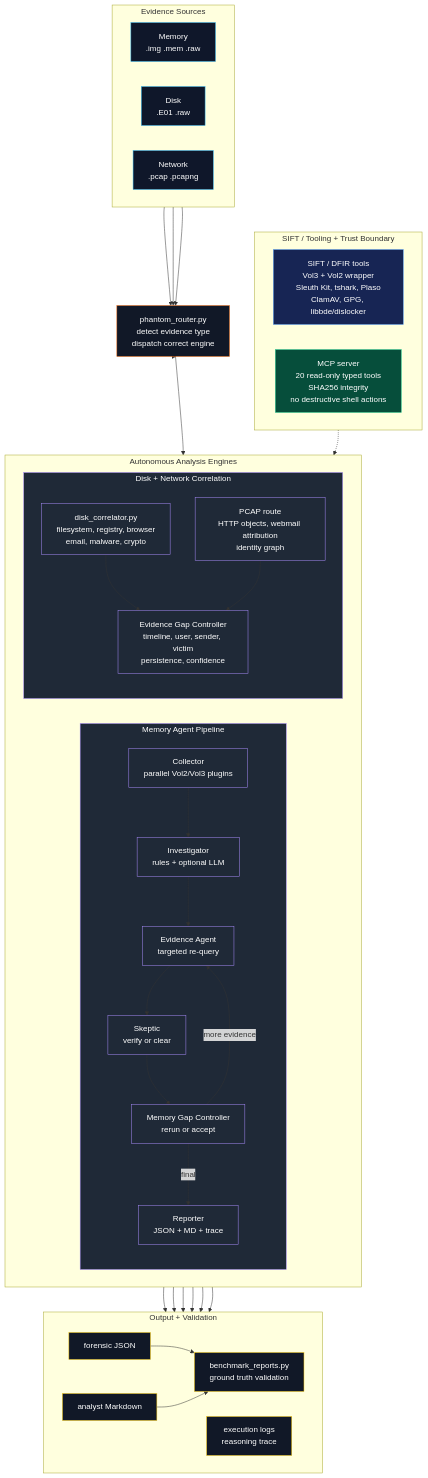
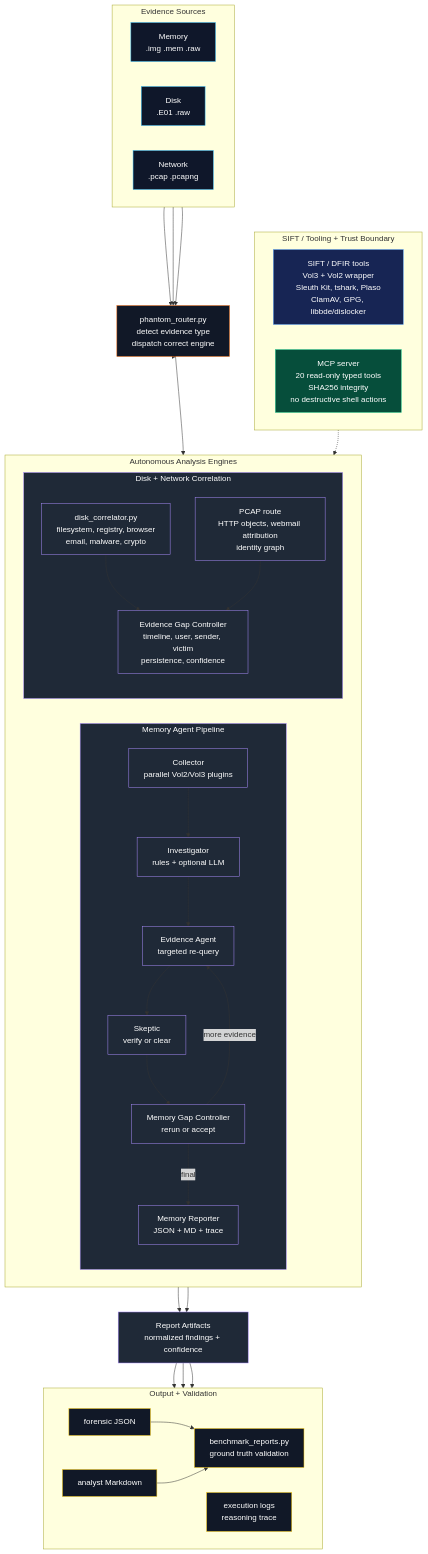
The diagram in README.md (romilp619/Phantom-DFIR), drawn with Mermaid before and after one commit. The commit also changed other lines of this file, not shown here.

Commit message:
Clean architecture diagram output flow

```diff
--- a/README.md
+++ b/README.md
@@ -665,7 +665,7 @@
             MEVD["Evidence Agent<br/>targeted re-query"]
             MSKP["Skeptic<br/>verify or clear"]
             MMGC["Memory Gap Controller<br/>rerun or accept"]
-            MRPT["Reporter<br/>JSON + MD + trace"]
+            MRPT["Memory Reporter<br/>JSON + MD + trace"]
             MCOL --> MINV --> MEVD --> MSKP --> MMGC
             MMGC -->|more evidence| MEVD
             MMGC -->|final| MRPT
@@ -680,6 +680,8 @@
             NENG --> GAPS
         end
     end
+
+    ARTIFACTS["Report Artifacts<br/>normalized findings + confidence"]
 
     subgraph OUTPUT["Output + Validation"]
         direction LR
@@ -697,18 +699,17 @@
 
     SUPPORT -.-> ENGINES
 
-    MRPT --> JSON
-    MRPT --> MD
-    MRPT --> LOGS
-    GAPS --> JSON
-    GAPS --> MD
-    GAPS --> LOGS
+    MRPT --> ARTIFACTS
+    GAPS --> ARTIFACTS
+    ARTIFACTS --> JSON
+    ARTIFACTS --> MD
+    ARTIFACTS --> LOGS
     JSON --> BENCH
     MD --> BENCH
 
     class MEM,DISK,PCAP input;
     class ROUTER route;
-    class MEMORY,CORR,MCOL,MINV,MEVD,MSKP,MMGC,MRPT,DENG,NENG,GAPS engine;
+    class MEMORY,CORR,MCOL,MINV,MEVD,MSKP,MMGC,MRPT,DENG,NENG,GAPS,ARTIFACTS engine;
     class TOOLS tool;
     class MCP guard;
     class JSON,MD,LOGS,BENCH output;
```
